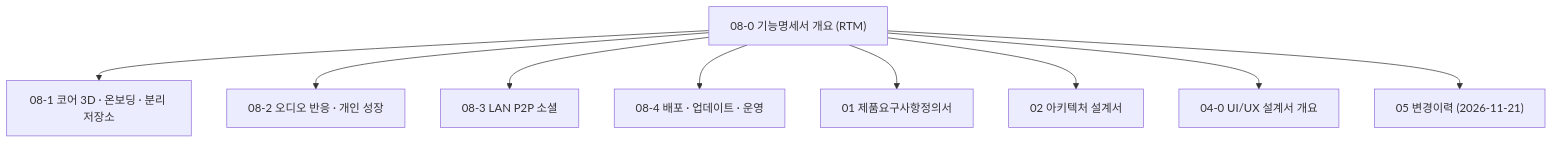
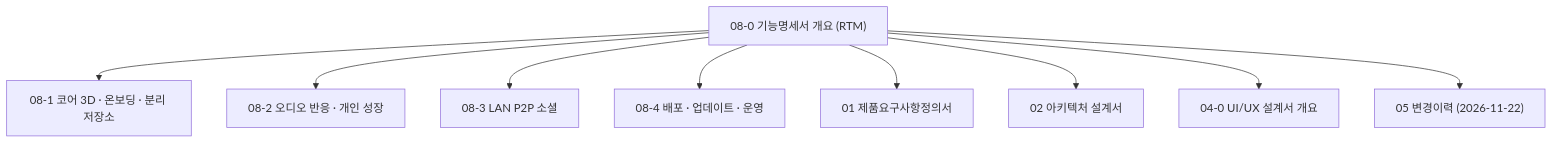
One commit to DJU-ADAS-LAB/LabPet changed the diagram in docs/08_기능명세서/08-0_기능명세서_개요.md. Above: the diagram before and after it, drawn with Mermaid. The commit also changed other lines of this file and 37 other files, not shown here.

````diff
--- a/docs/08_기능명세서/08-0_기능명세서_개요.md
+++ b/docs/08_기능명세서/08-0_기능명세서_개요.md
@@ -33,11 +33,11 @@
 ```mermaid
 flowchart TD
     RTM["08-0 기능명세서 개요 (RTM)"] --> FT1["08-1 코어 3D · 온보딩 · 분리 저장소"]
     RTM --> FT2["08-2 오디오 반응 · 개인 성장"]
     RTM --> FT3["08-3 LAN P2P 소셜"]
     RTM --> FT4["08-4 배포 · 업데이트 · 운영"]
     RTM --> PRD["01 제품요구사항정의서"]
     RTM --> ARCH["02 아키텍처 설계서"]
     RTM --> UI["04-0 UI/UX 설계서 개요"]
-    RTM --> LOG["05 변경이력 (2026-11-21)"]
+    RTM --> LOG["05 변경이력 (2026-11-22)"]
 ```
````
